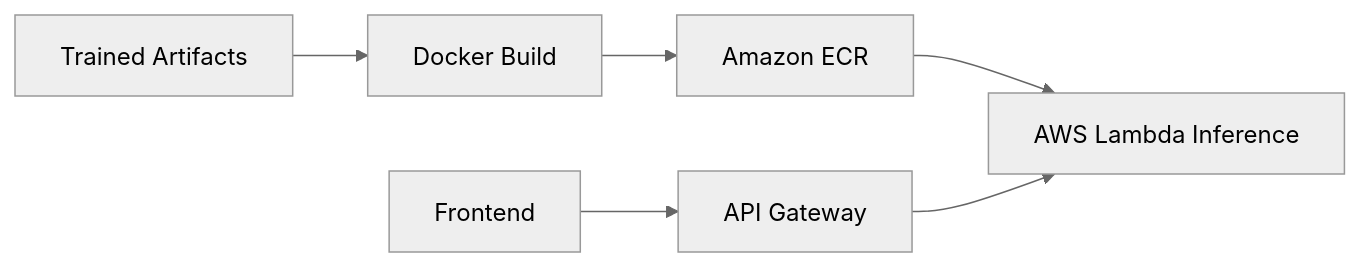
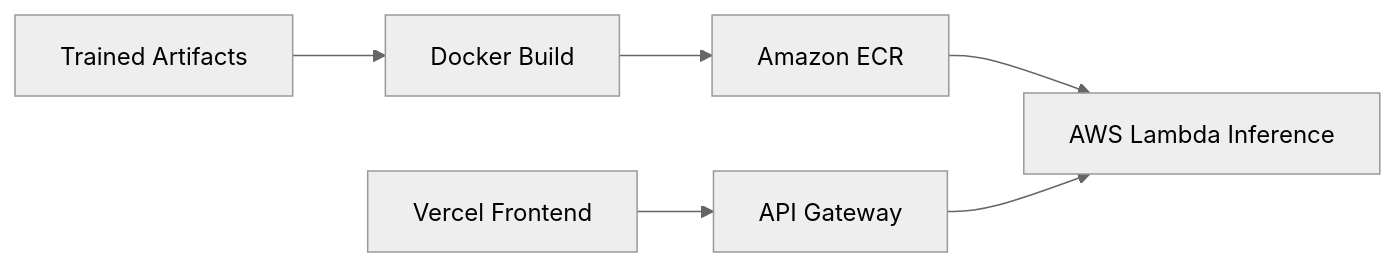
Before and after one commit to sandeep0431/AEGIS: the third of 3 diagrams in README.md, drawn with Mermaid (neutral theme). The commit also changed other lines of this file, not shown here.

````diff
--- a/README.md
+++ b/README.md
@@ -109,8 +118,8 @@
 ```mermaid
 flowchart LR
     Dev[Trained Artifacts] --> Build[Docker Build]
     Build --> ECR[Amazon ECR]
     ECR --> Lambda[AWS Lambda Inference]
     APIGW[API Gateway] --> Lambda
-    Web[Frontend] --> APIGW
+    Web[Vercel Frontend] --> APIGW
 ```
````
